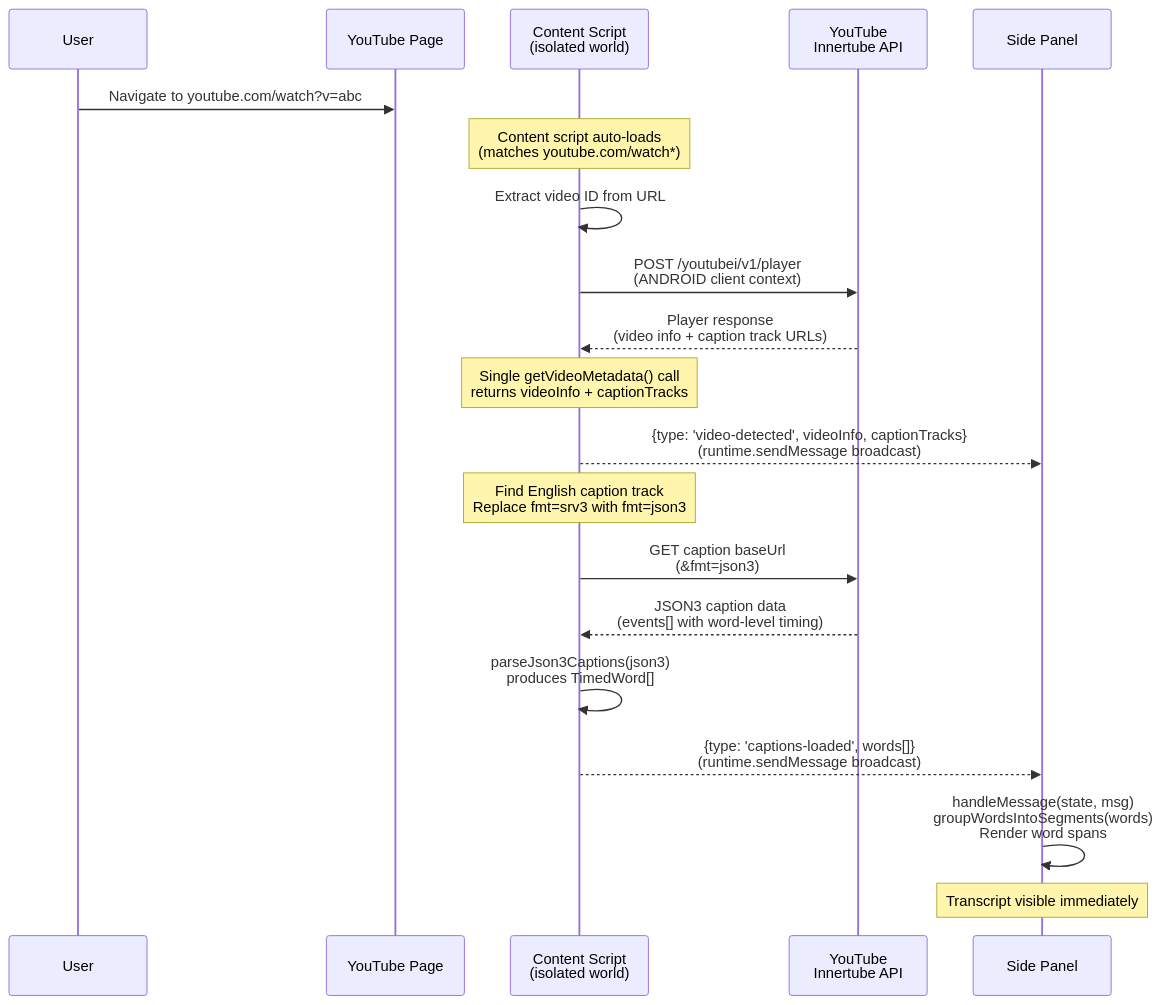
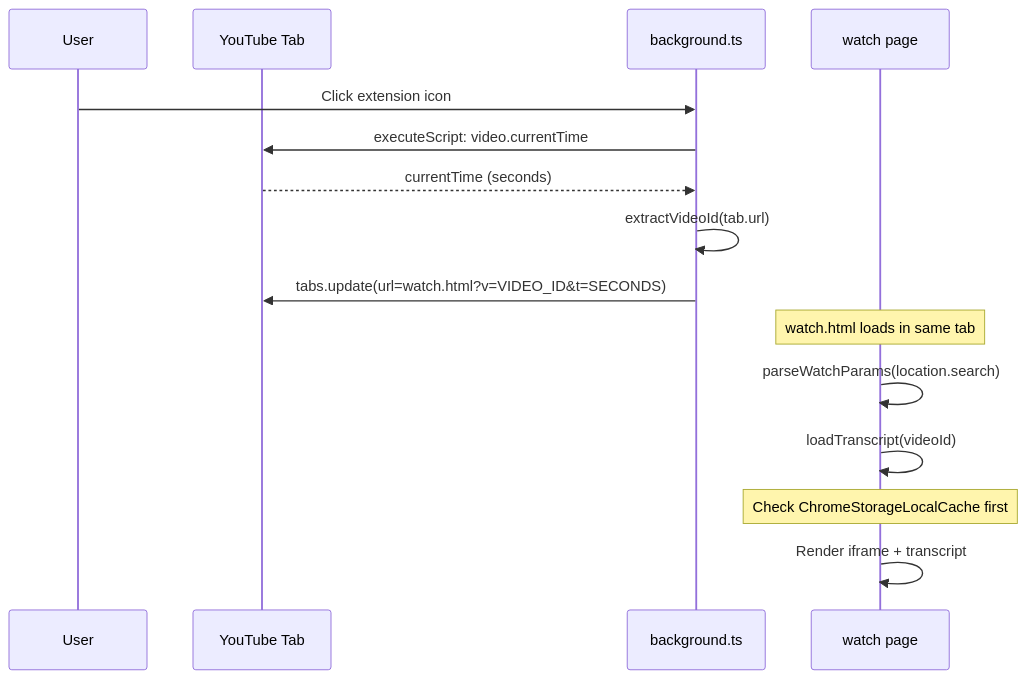
Before and after one commit to tednaleid/quoth: the second of 6 diagrams in docs/spec/architecture.md, drawn with Mermaid. The commit also changed other lines of this file and 2 other files, not shown here.

First line of the commit message:
docs: update architecture and testing docs for sidebar removal

````diff
--- a/docs/spec/architecture.md
+++ b/docs/spec/architecture.md
@@ -71,29 +63,18 @@
 ```mermaid
 sequenceDiagram
     participant User
-    participant YT as YouTube Page
-    participant CS as Content Script<br/>(isolated world)
-    participant Innertube as YouTube<br/>Innertube API
-    participant SP as Side Panel
+    participant YT as YouTube Tab
+    participant BG as background.ts
+    participant WP as watch page
 
-    User->>YT: Navigate to youtube.com/watch?v=abc
-    Note over CS: Content script auto-loads<br/>(matches youtube.com/watch*)
-
-    CS->>CS: Extract video ID from URL
-    CS->>Innertube: POST /youtubei/v1/player<br/>(ANDROID client context)
-    Innertube-->>CS: Player response<br/>(video info + caption track URLs)
-
-    Note over CS: Single getVideoMetadata() call<br/>returns videoInfo + captionTracks
-
-    CS-->>SP: {type: 'video-detected', videoInfo, captionTracks}<br/>(runtime.sendMessage broadcast)
-
-    Note over CS: Find English caption track<br/>Replace fmt=srv3 with fmt=json3
-    CS->>Innertube: GET caption baseUrl<br/>(&fmt=json3)
-    Innertube-->>CS: JSON3 caption data<br/>(events[] with word-level timing)
-
-    CS->>CS: parseJson3Captions(json3)<br/>produces TimedWord[]
-    CS-->>SP: {type: 'captions-loaded', words[]}<br/>(runtime.sendMessage broadcast)
-
-    SP->>SP: handleMessage(state, msg)<br/>groupWordsIntoSegments(words)<br/>Render word spans
-    Note over SP: Transcript visible immediately
+    User->>BG: Click extension icon
+    BG->>YT: executeScript: video.currentTime
+    YT-->>BG: currentTime (seconds)
+    BG->>BG: extractVideoId(tab.url)
+    BG->>YT: tabs.update(url=watch.html?v=VIDEO_ID&t=SECONDS)
+    Note over WP: watch.html loads in same tab
+    WP->>WP: parseWatchParams(location.search)
+    WP->>WP: loadTranscript(videoId)
+    Note over WP: Check ChromeStorageLocalCache first
+    WP->>WP: Render iframe + transcript
 ```
````
